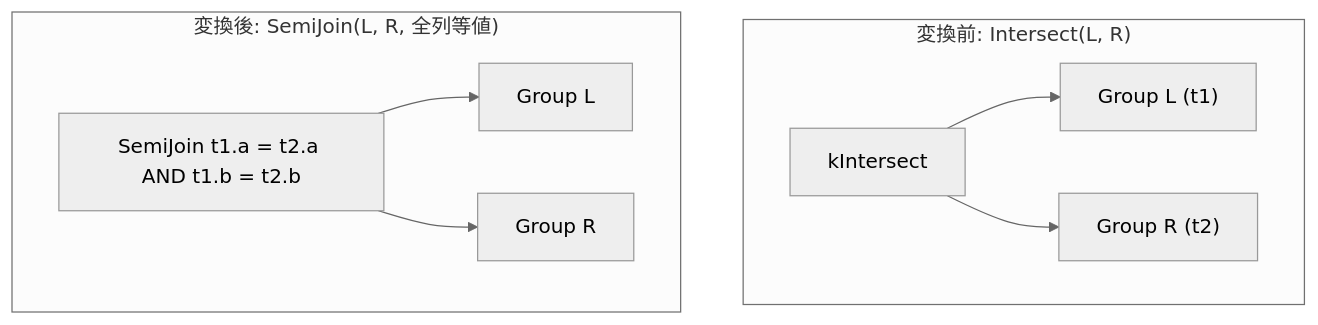
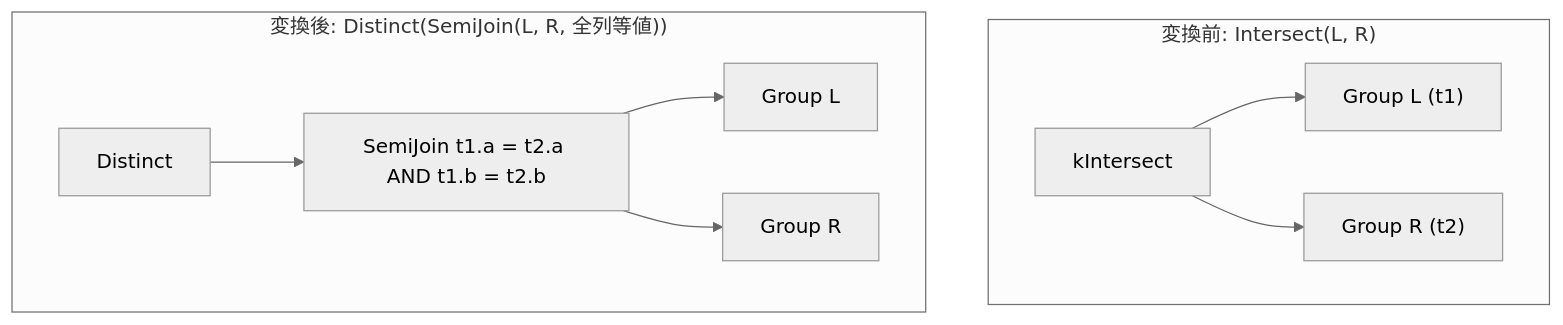
The diagram in docs/opt/part2-rules/logical/intersect_to_semijoin.md (kumagi/tinylamb), drawn with Mermaid (neutral theme) before and after one commit. The commit also changed other lines of this file and 1222 other files, not shown here.

````diff
--- a/docs/opt/part2-rules/logical/intersect_to_semijoin.md
+++ b/docs/opt/part2-rules/logical/intersect_to_semijoin.md
@@ -16,11 +16,12 @@
 ```mermaid
 graph TD
   subgraph before["変換前: Intersect(L, R)"]
     I1["kIntersect"] --> L1["Group L (t1)"]
     I1 --> R1["Group R (t2)"]
   end
-  subgraph after["変換後: SemiJoin(L, R, 全列等値)"]
-    S1["SemiJoin t1.a = t2.a AND t1.b = t2.b"] --> L2["Group L"]
+  subgraph after["変換後: Distinct(SemiJoin(L, R, 全列等値))"]
+    D1["Distinct"] --> S1["SemiJoin t1.a = t2.a AND t1.b = t2.b"]
+    S1 --> L2["Group L"]
     S1 --> R2["Group R"]
   end
 ```
````
